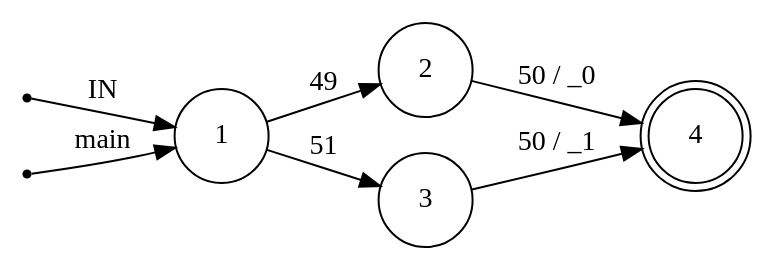
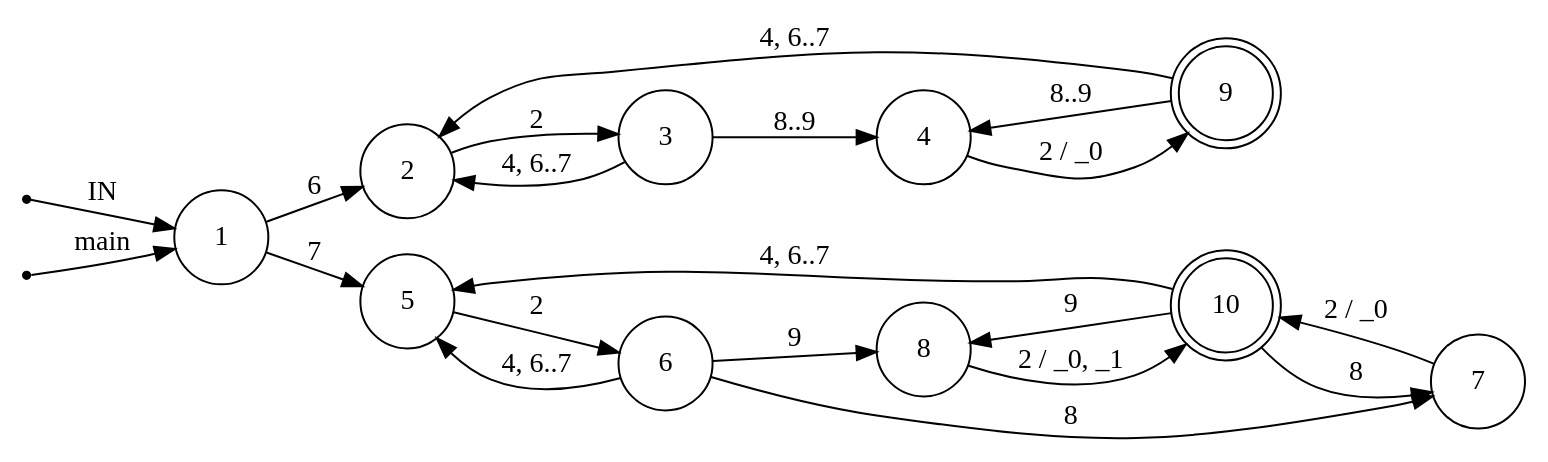
The diagram in graph.dot (frenetic-lang/pyretic), drawn with Graphviz before and after one commit. The commit also changed 5 other files, not shown here.

```diff
--- a/graph.dot
+++ b/graph.dot
@@ -1,16 +1,30 @@
 digraph pyretic {
 	rankdir=LR;
 	node [ shape = point ];
 	ENTRY;
 	en_1;
 	node [ shape = circle, height = 0.2 ];
 	node [ fixedsize = true, height = 0.65, shape = doublecircle ];
-	4;
+	9;
+	10;
 	node [ shape = circle ];
-	1 -> 2 [ label = "49" ];
-	1 -> 3 [ label = "51" ];
-	2 -> 4 [ label = "50 / _0" ];
-	3 -> 4 [ label = "50 / _1" ];
+	1 -> 2 [ label = "6" ];
+	1 -> 5 [ label = "7" ];
+	2 -> 3 [ label = "2" ];
+	3 -> 2 [ label = "4, 6..7" ];
+	3 -> 4 [ label = "8..9" ];
+	4 -> 9 [ label = "2 / _0" ];
+	5 -> 6 [ label = "2" ];
+	6 -> 5 [ label = "4, 6..7" ];
+	6 -> 7 [ label = "8" ];
+	6 -> 8 [ label = "9" ];
+	7 -> 10 [ label = "2 / _0" ];
+	8 -> 10 [ label = "2 / _0, _1" ];
+	9 -> 2 [ label = "4, 6..7" ];
+	9 -> 4 [ label = "8..9" ];
+	10 -> 5 [ label = "4, 6..7" ];
+	10 -> 7 [ label = "8" ];
+	10 -> 8 [ label = "9" ];
 	ENTRY -> 1 [ label = "IN" ];
 	en_1 -> 1 [ label = "main" ];
 }
```
